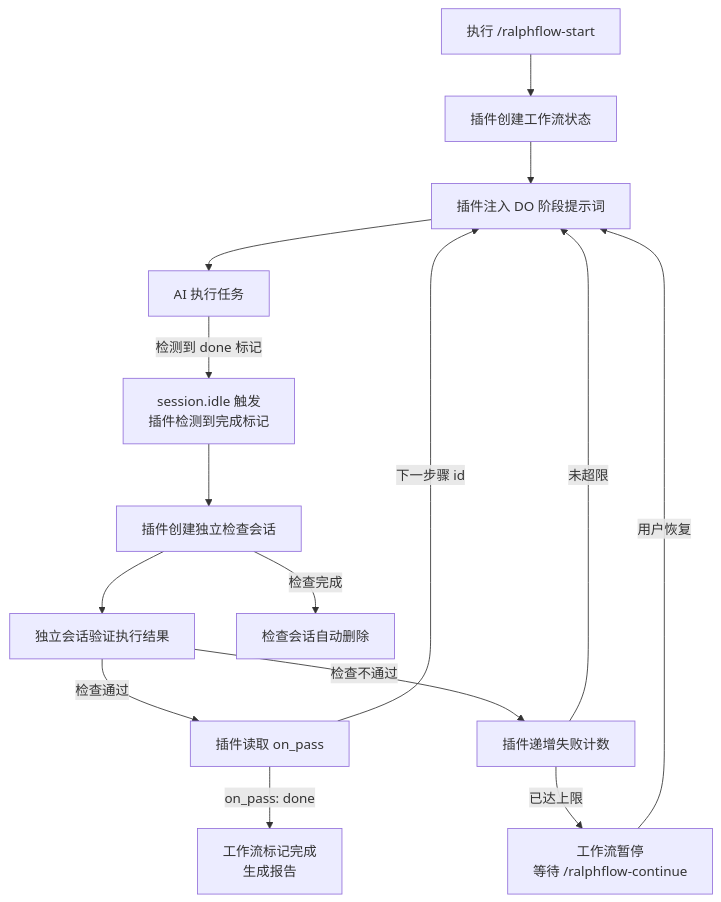
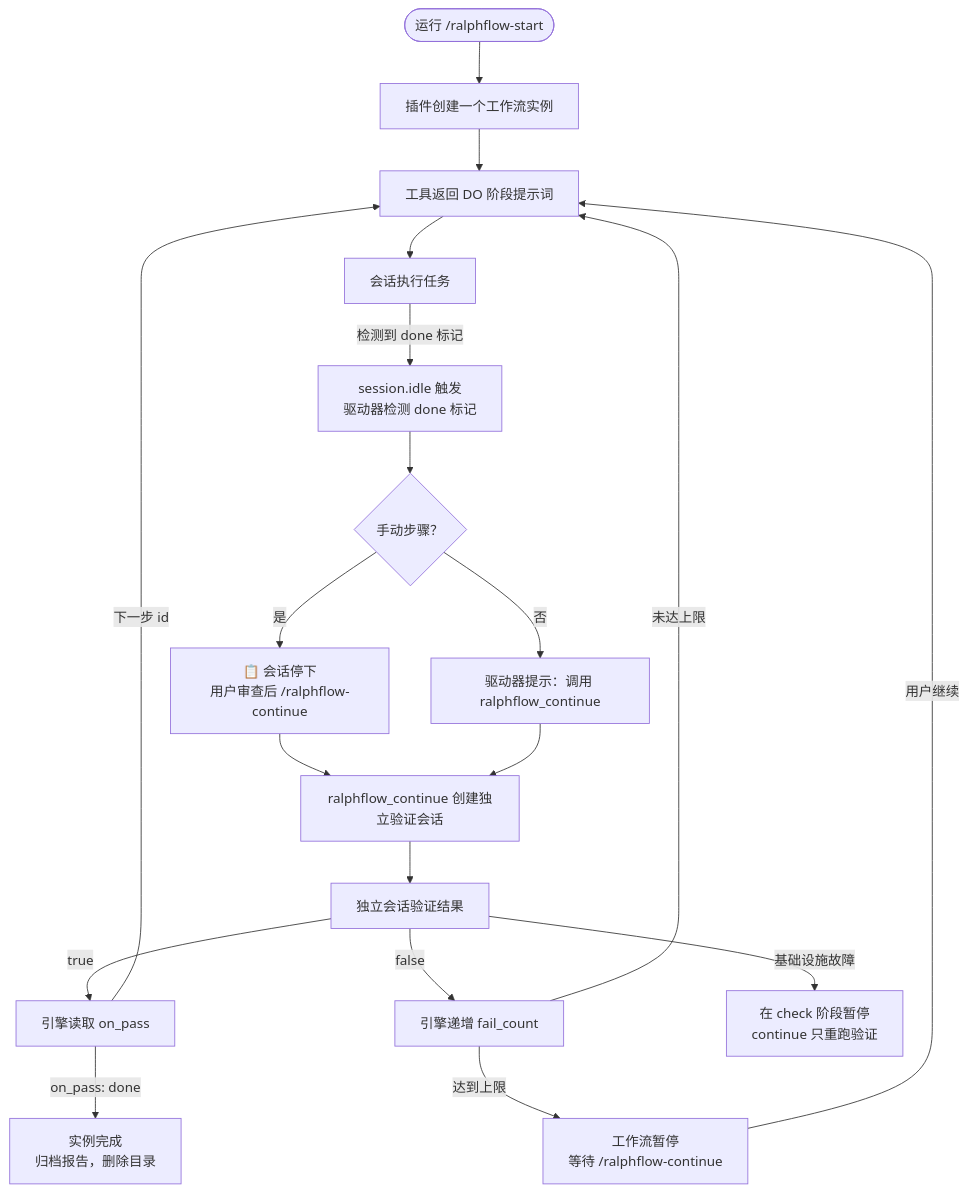
The first of 3 diagrams in docs/how-it-works_CN.md (534529531/ralph-flow), drawn with Mermaid before and after one commit. The commit also changed other lines of this file and 65 other files, not shown here.

First line of the commit message:
feat: v2 — full parity with the Claude Code plugin, mirrored architecture

````diff
--- a/docs/how-it-works_CN.md
+++ b/docs/how-it-works_CN.md
@@ -11,17 +13,21 @@
 ```mermaid
 flowchart TD
-    Start["执行 /ralphflow-start"] --> State["插件创建工作流状态"]
-    State --> DoPrompt["插件注入 DO 阶段提示词"]
-    DoPrompt --> AI["AI 执行任务"]
-    AI -->|"检测到 done 标记"| DoneTag["session.idle 触发<br/>插件检测到完成标记"]
-    DoneTag --> CheckPrompt["插件创建独立检查会话"]
-    CheckPrompt --> AICheck["独立会话验证执行结果"]
-    AICheck -->|"检查通过"| Pass["插件读取 on_pass"]
-    AICheck -->|"检查不通过"| Fail["插件递增失败计数"]
-    Pass -->|"on_pass: done"| Complete["工作流标记完成<br/>生成报告"]
-    Pass -->|"下一步骤 id"| DoPrompt
-    Fail -->|"未超限"| DoPrompt
-    Fail -->|"已达上限"| Pause["工作流暂停<br/>等待 /ralphflow-continue"]
-    Pause -->|用户恢复| DoPrompt
-    CheckPrompt -->|"检查完成"| Cleanup["检查会话自动删除"]
+    Start(["运行 /ralphflow-start"]) --> State["插件创建一个工作流实例"]
+    State --> DoPrompt["工具返回 DO 阶段提示词"]
+    DoPrompt --> AI["会话执行任务"]
+    AI -->|"检测到 done 标记"| DoneTag["session.idle 触发<br/>驱动器检测 done 标记"]
+    DoneTag --> Manual{"手动步骤？"}
+    Manual -->|"是"| Review["📋 会话停下<br/>用户审查后 /ralphflow-continue"]
+    Manual -->|"否"| CallContinue["驱动器提示：调用 ralphflow_continue"]
+    Review --> CheckPrompt
+    CallContinue --> CheckPrompt["ralphflow_continue 创建独立验证会话"]
+    CheckPrompt --> AICheck["独立会话验证结果"]
+    AICheck -->|"true"| Pass["引擎读取 on_pass"]
+    AICheck -->|"false"| Fail["引擎递增 fail_count"]
+    AICheck -->|"基础设施故障"| Infra["在 check 阶段暂停<br/>continue 只重跑验证"]
+    Pass -->|"on_pass: done"| Complete["实例完成<br/>归档报告，删除目录"]
+    Pass -->|"下一步 id"| DoPrompt
+    Fail -->|"未达上限"| DoPrompt
+    Fail -->|"达到上限"| Pause["工作流暂停<br/>等待 /ralphflow-continue"]
+    Pause -->|用户继续| DoPrompt
 ```
````
